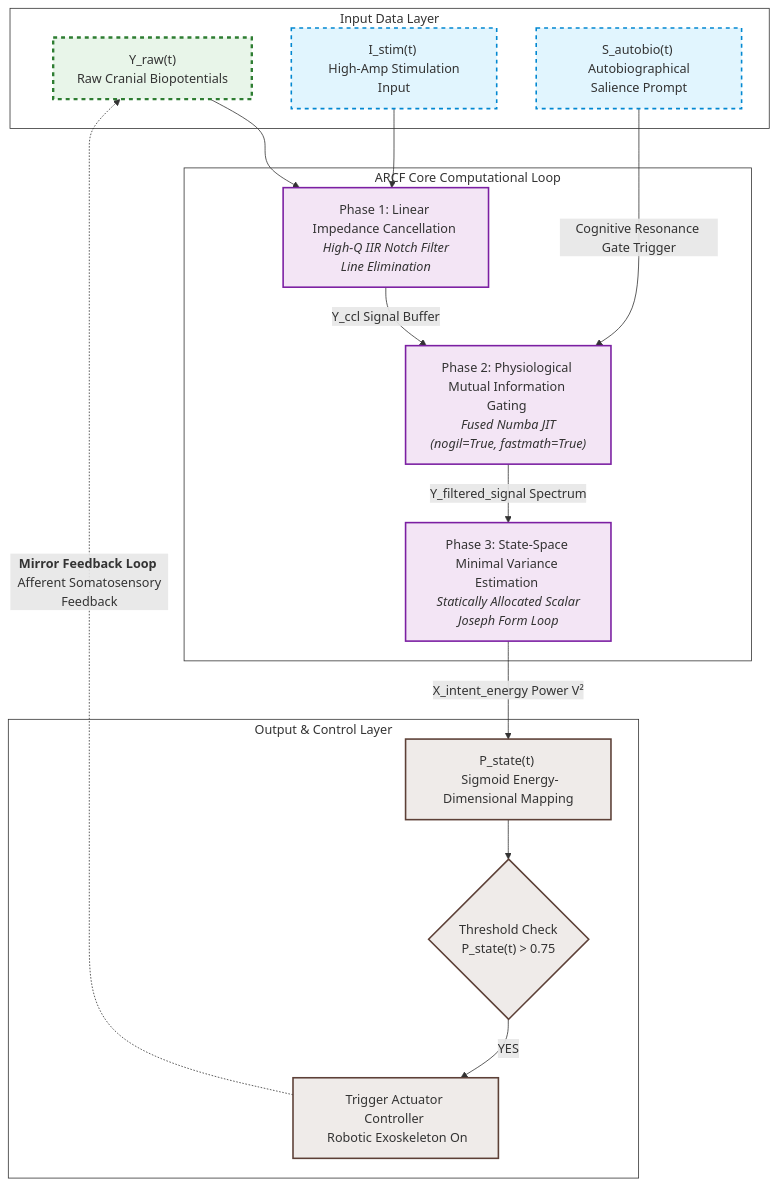
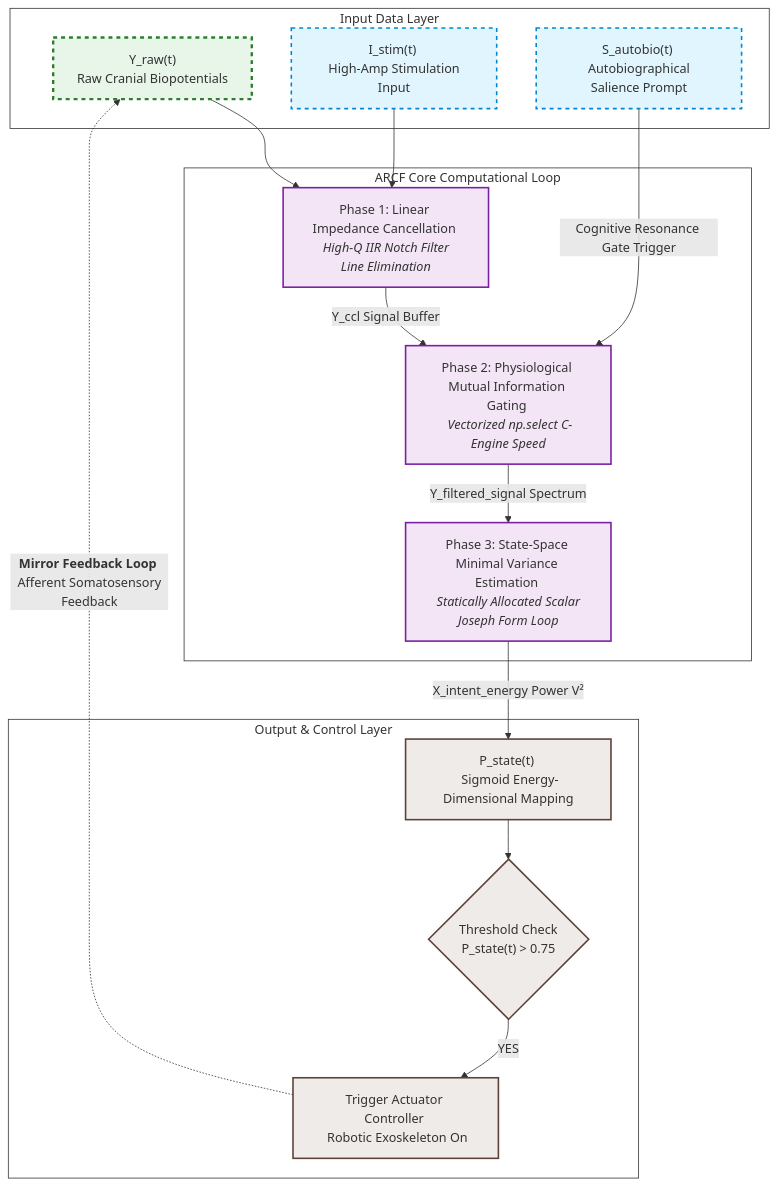
One commit to PJHkorea/consciousness-auto-rotation-artificial-neural-bypass changed the diagram in README.md. Above: the diagram before and after it, drawn with Mermaid. The commit also changed other lines of this file, not shown here.

````diff
--- a/README.md
+++ b/README.md
@@ -33,50 +33,50 @@
 ```mermaid
 graph TD
     %% 스타일 정의
     classDef input fill:#e1f5fe,stroke:#0288d1,stroke-width:2px,stroke-dasharray: 5 5;
     classDef process fill:#f3e5f5,stroke:#7b1fa2,stroke-width:2px;
     classDef output fill:#efebe9,stroke:#5d4037,stroke-width:2px;
     classDef loop fill:#e8f5e9,stroke:#2e7d32,stroke-width:3px;
 
     %% 입력 데이터 레이어
     subgraph INPUT_STAGE [Input Data Layer]
         Y_raw["Y_raw(t) <br> Raw Cranial Biopotentials"]:::input
         I_stim["I_stim(t) <br> High-Amp Stimulation Input"]:::input
         S_autobio["S_autobio(t) <br> Autobiographical Salience Prompt"]:::input
     end
 
     %% 실시간 신호처리 및 연산 레이어
     subgraph COMP_LOOP [ARCF Core Computational Loop]
         Phase1["Phase 1: Linear Impedance Cancellation <br> <i>High-Q IIR Notch Filter Line Elimination</i>"]:::process
-        Phase2["Phase 2: Physiological Mutual Information Gating <br> <i>Fused Numba JIT (nogil=True, fastmath=True)</i>"]:::process
+        Phase2["Phase 2: Physiological Mutual Information Gating <br> <i>Vectorized np.select C-Engine Speed</i>"]:::process
         Phase3["Phase 3: State-Space Minimal Variance Estimation <br> <i>Statically Allocated Scalar Joseph Form Loop</i>"]:::process
     end
 
     %% 출력 및 액추에이터 제어 레이어
     subgraph OUTPUT_STAGE [Output & Control Layer]
         P_intent["P_state(t) <br> Sigmoid Energy-Dimensional Mapping"]:::output
         Trigger{"Threshold Check <br> P_state(t) > 0.75"}:::output
         ExoRobot["Trigger Actuator Controller <br> Robotic Exoskeleton On"]:::output
     end
 
     %% 데이터 흐름 연결
     Y_raw --> Phase1
     I_stim --> Phase1
     
     Phase1 -->|Y_ccl Signal Buffer| Phase2
     S_autobio -->|Cognitive Resonance Gate Trigger| Phase2
     
     Phase2 -->|Y_filtered_signal Spectrum| Phase3
     
     Phase3 -->|X_intent_energy Power V²| P_intent
     P_intent --> Trigger
     
     %% 폐루프 수렴 (거울 되먹임 루프)
     Trigger -->|YES| ExoRobot
     ExoRobot -.->|<b>Mirror Feedback Loop</b> <br> Afferent Somatosensory Feedback| Y_raw:::loop
 
     %% 스타일 적용
     style COMP_LOOP fill:#fff,stroke:#333,stroke-width:1px
     style INPUT_STAGE fill:#fff,stroke:#333,stroke-width:1px
     style OUTPUT_STAGE fill:#fff,stroke:#333,stroke-width:1px
 ```
````
